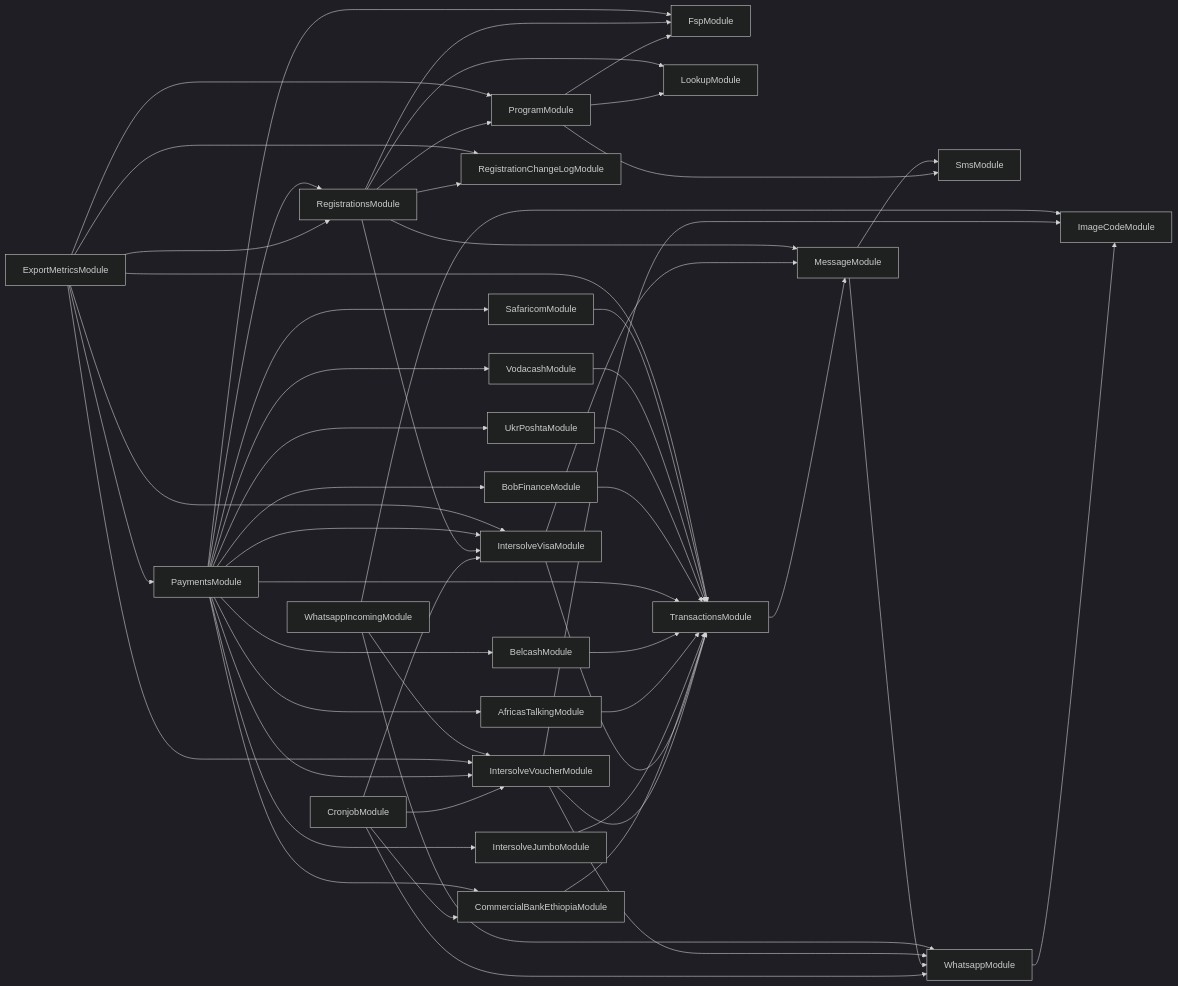
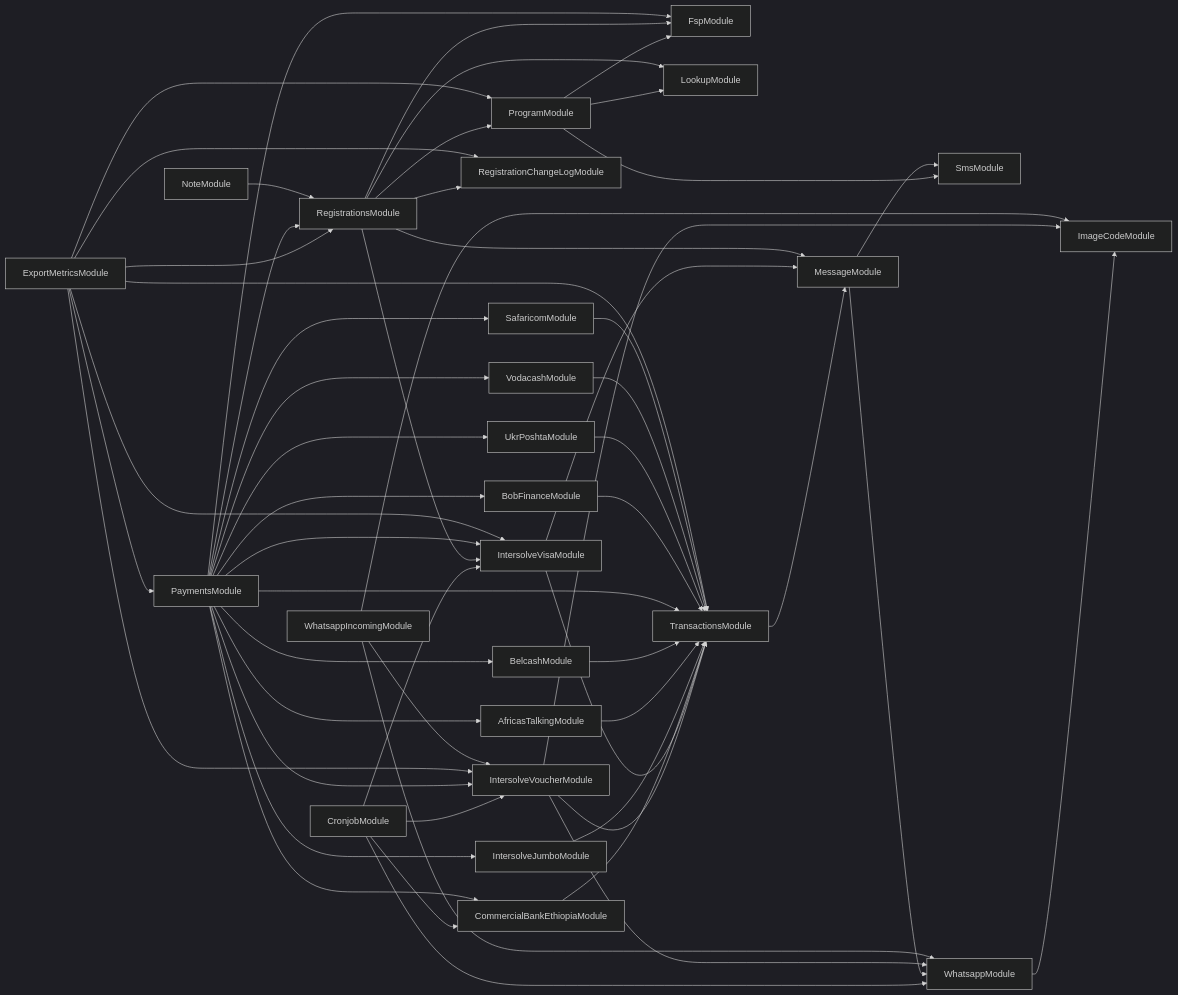
The diagram in services/121-service/module-dependencies.md (global-121/121-platform), drawn with Mermaid (dark theme) before and after one commit. The commit also changed 14 other files, not shown here.

````diff
--- a/services/121-service/module-dependencies.md
+++ b/services/121-service/module-dependencies.md
@@ -3,56 +3,57 @@
 ```mermaid
 graph LR
   ProgramModule-->SmsModule
   ProgramModule-->FspModule
   ProgramModule-->LookupModule
   CronjobModule-->WhatsappModule
   WhatsappModule-->ImageCodeModule
   CronjobModule-->IntersolveVoucherModule
   IntersolveVoucherModule-->ImageCodeModule
   IntersolveVoucherModule-->TransactionsModule
   TransactionsModule-->MessageModule
   MessageModule-->WhatsappModule
   MessageModule-->SmsModule
   IntersolveVoucherModule-->WhatsappModule
   CronjobModule-->IntersolveVisaModule
   IntersolveVisaModule-->TransactionsModule
   IntersolveVisaModule-->MessageModule
   CronjobModule-->CommercialBankEthiopiaModule
   CommercialBankEthiopiaModule-->TransactionsModule
   RegistrationsModule-->LookupModule
   RegistrationsModule-->ProgramModule
   RegistrationsModule-->FspModule
   RegistrationsModule-->MessageModule
   RegistrationsModule-->IntersolveVisaModule
   RegistrationsModule-->RegistrationChangeLogModule
   ExportMetricsModule-->ProgramModule
   ExportMetricsModule-->RegistrationsModule
   ExportMetricsModule-->PaymentsModule
   PaymentsModule-->FspModule
   PaymentsModule-->IntersolveVoucherModule
   PaymentsModule-->IntersolveVisaModule
   PaymentsModule-->IntersolveJumboModule
   IntersolveJumboModule-->TransactionsModule
   PaymentsModule-->AfricasTalkingModule
   AfricasTalkingModule-->TransactionsModule
   PaymentsModule-->BelcashModule
   BelcashModule-->TransactionsModule
   PaymentsModule-->TransactionsModule
   PaymentsModule-->BobFinanceModule
   BobFinanceModule-->TransactionsModule
   PaymentsModule-->UkrPoshtaModule
   UkrPoshtaModule-->TransactionsModule
   PaymentsModule-->VodacashModule
   VodacashModule-->TransactionsModule
   PaymentsModule-->SafaricomModule
   SafaricomModule-->TransactionsModule
   PaymentsModule-->CommercialBankEthiopiaModule
   PaymentsModule-->RegistrationsModule
   ExportMetricsModule-->TransactionsModule
   ExportMetricsModule-->IntersolveVisaModule
   ExportMetricsModule-->IntersolveVoucherModule
   ExportMetricsModule-->RegistrationChangeLogModule
   WhatsappIncomingModule-->ImageCodeModule
   WhatsappIncomingModule-->IntersolveVoucherModule
   WhatsappIncomingModule-->WhatsappModule
+  NoteModule-->RegistrationsModule
 ```
````
